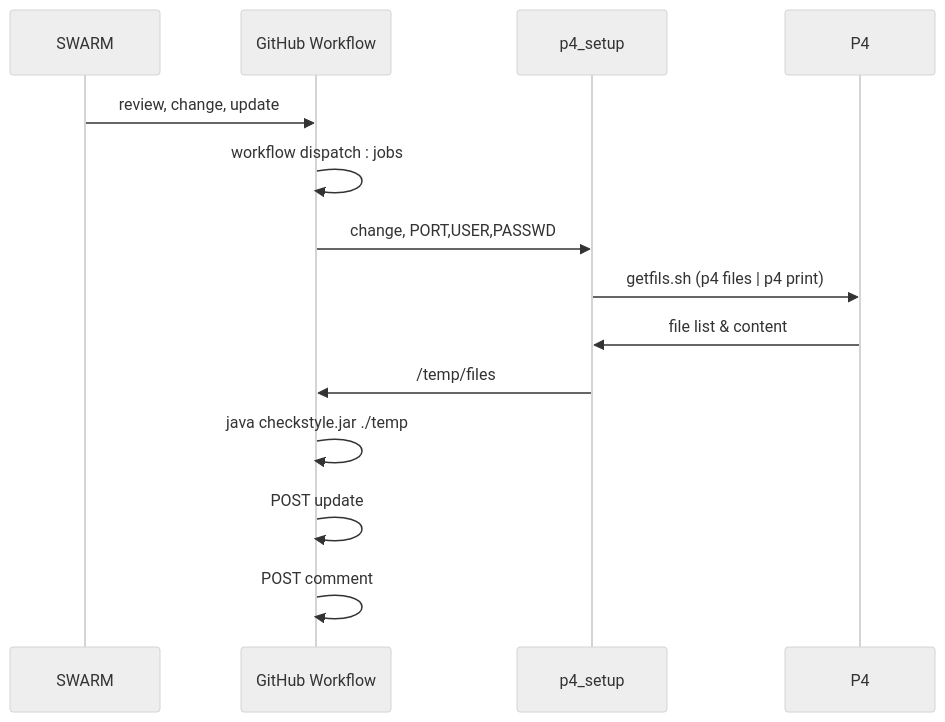
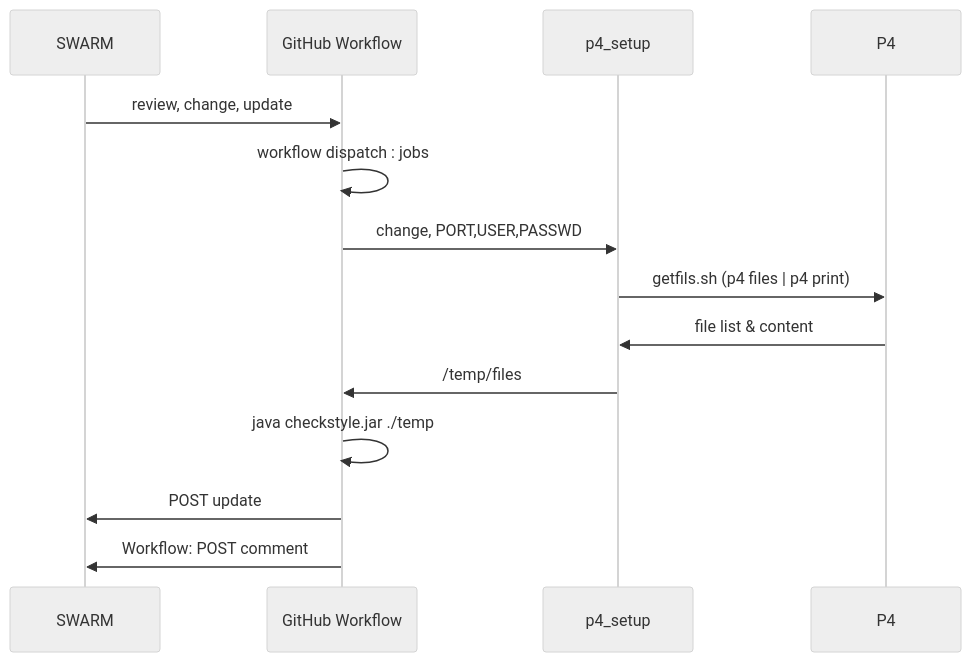
The second of 2 diagrams in readme.md (smjune/smjune.github.io), drawn with Mermaid (neutral theme) before and after one commit.

````diff
--- a/readme.md
+++ b/readme.md
@@ -22,16 +22,16 @@
 ```mermaid
 sequenceDiagram
     participant SWARM 
     participant GitHub Workflow
     participant p4_setup
     participant P4
     SWARM->>GitHub Workflow: review, change, update
     GitHub Workflow->>GitHub Workflow:workflow dispatch : jobs
     GitHub Workflow->>p4_setup: change, PORT,USER,PASSWD
     p4_setup->>P4: getfils.sh (p4 files | p4 print)
     P4->>p4_setup: file list & content
     p4_setup->>GitHub Workflow: /temp/files
     GitHub Workflow->>GitHub Workflow: java checkstyle.jar ./temp 
-    GitHub Workflow->>GitHub Workflow: POST update
-    GitHub Workflow->>GitHub Workflow: POST comment
+    GitHub Workflow->>SWARM: POST update
+    GitHub Workflow->>SWARM: Workflow: POST comment
 ```
````
